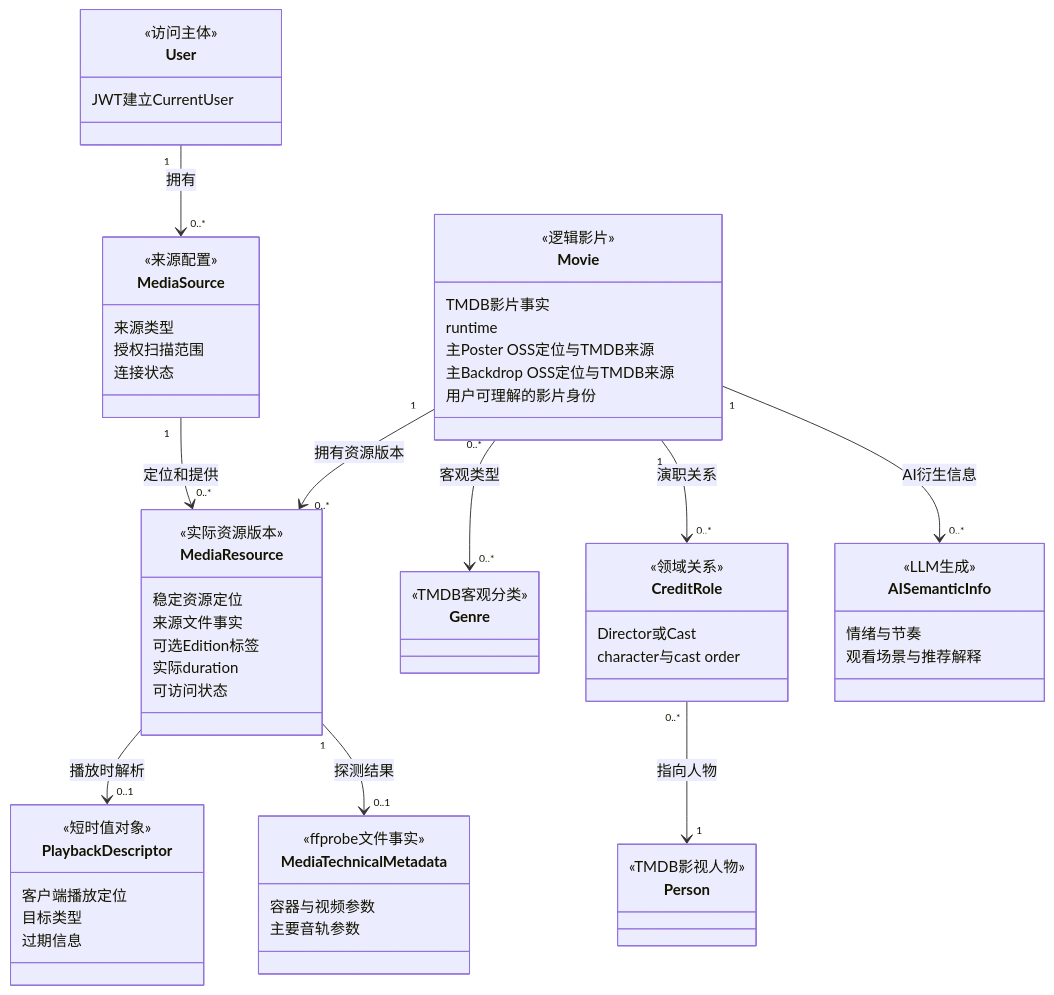
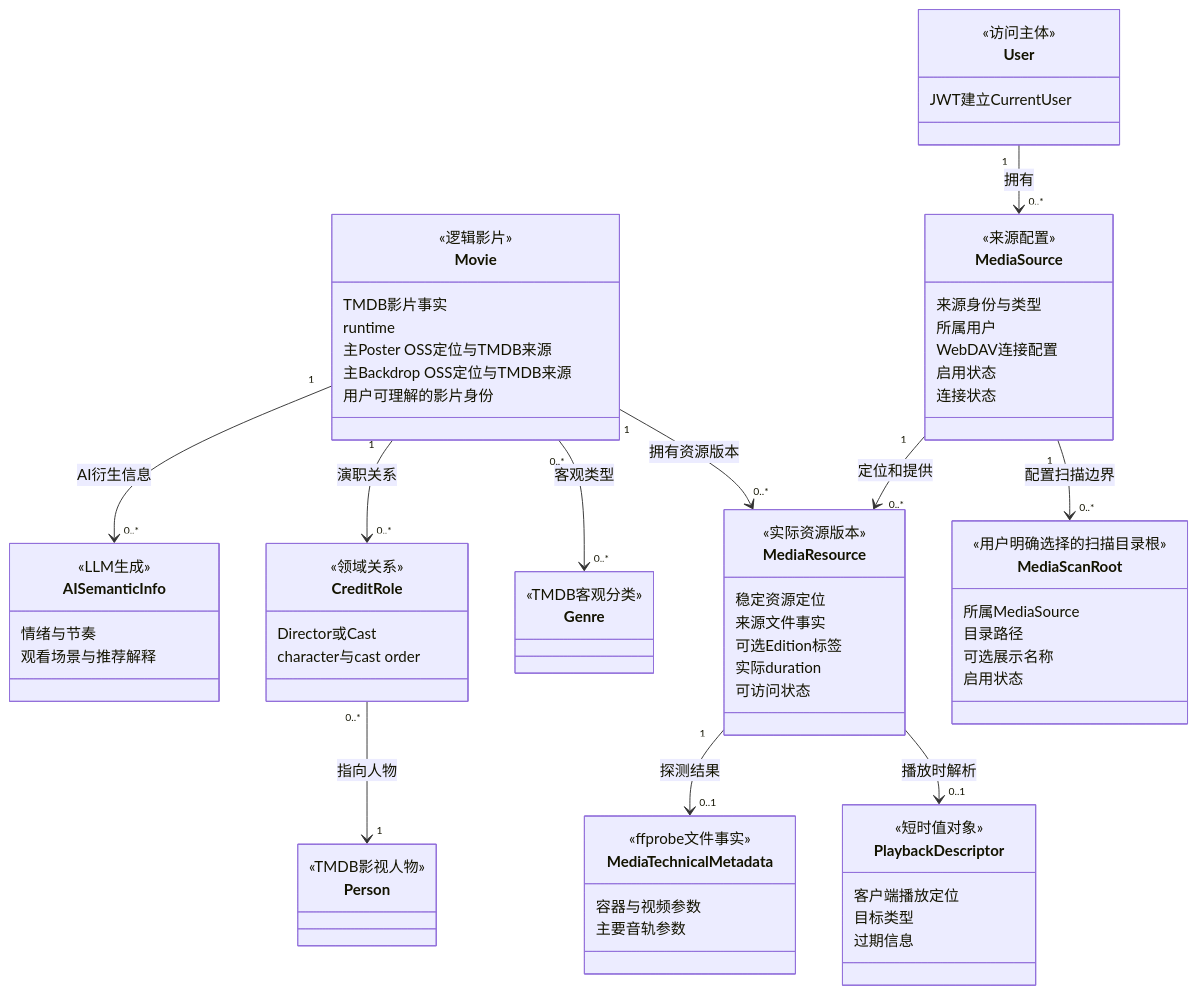
Before and after one commit to yuanchaoy03-dot/AI-Media-Center: the eighth of 30 diagrams in docs/02-系统架构设计文档.md, drawn with Mermaid. The commit also changed other lines of this file and 4 other files, not shown here.

````diff
--- a/docs/02-系统架构设计文档.md
+++ b/docs/02-系统架构设计文档.md
@@ -666,66 +670,76 @@
 ```mermaid
 classDiagram
     class Movie {
         <<逻辑影片>>
         TMDB影片事实
         runtime
         主Poster OSS定位与TMDB来源
         主Backdrop OSS定位与TMDB来源
         用户可理解的影片身份
     }
     class MediaResource {
         <<实际资源版本>>
         稳定资源定位
         来源文件事实
         可选Edition标签
         实际duration
         可访问状态
     }
     class MediaSource {
         <<来源配置>>
-        来源类型
-        授权扫描范围
+        来源身份与类型
+        所属用户
+        WebDAV连接配置
+        启用状态
         连接状态
+    }
+    class MediaScanRoot {
+        <<用户明确选择的扫描目录根>>
+        所属MediaSource
+        目录路径
+        可选展示名称
+        启用状态
     }
     class PlaybackDescriptor {
         <<短时值对象>>
         客户端播放定位
         目标类型
         过期信息
     }
     class Genre {
         <<TMDB客观分类>>
     }
     class Person {
         <<TMDB影视人物>>
     }
     class CreditRole {
         <<领域关系>>
         Director或Cast
         character与cast order
     }
     class MediaTechnicalMetadata {
         <<ffprobe文件事实>>
         容器与视频参数
         主要音轨参数
     }
     class AISemanticInfo {
         <<LLM生成>>
         情绪与节奏
         观看场景与推荐解释
     }
     class User {
         <<访问主体>>
         JWT建立CurrentUser
     }
 
     User "1" --> "0..*" MediaSource : 拥有
+    MediaSource "1" --> "0..*" MediaScanRoot : 配置扫描边界
     Movie "1" --> "0..*" MediaResource : 拥有资源版本
     MediaSource "1" --> "0..*" MediaResource : 定位和提供
     MediaResource --> "0..1" PlaybackDescriptor : 播放时解析
     Movie "0..*" --> "0..*" Genre : 客观类型
     Movie "1" --> "0..*" CreditRole : 演职关系
     CreditRole "0..*" --> "1" Person : 指向人物
     MediaResource "1" --> "0..1" MediaTechnicalMetadata : 探测结果
     Movie "1" --> "0..*" AISemanticInfo : AI衍生信息
 ```
````
